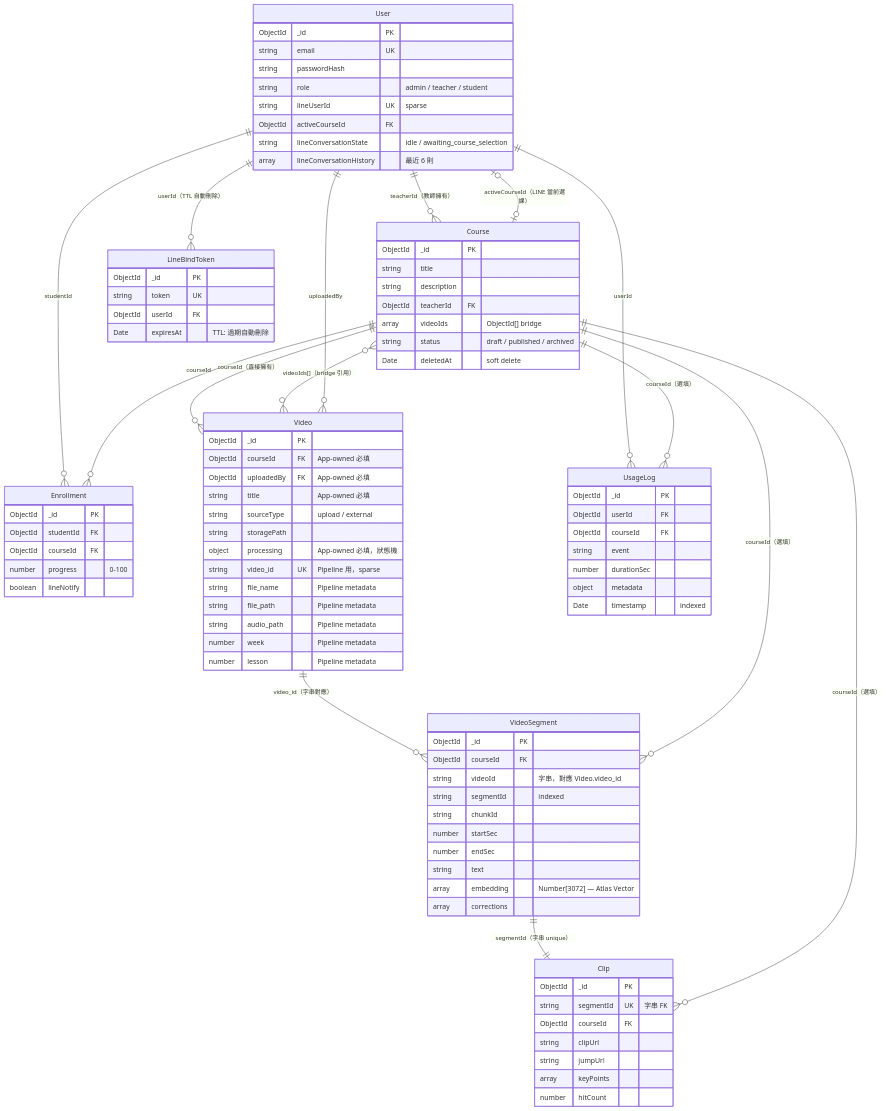
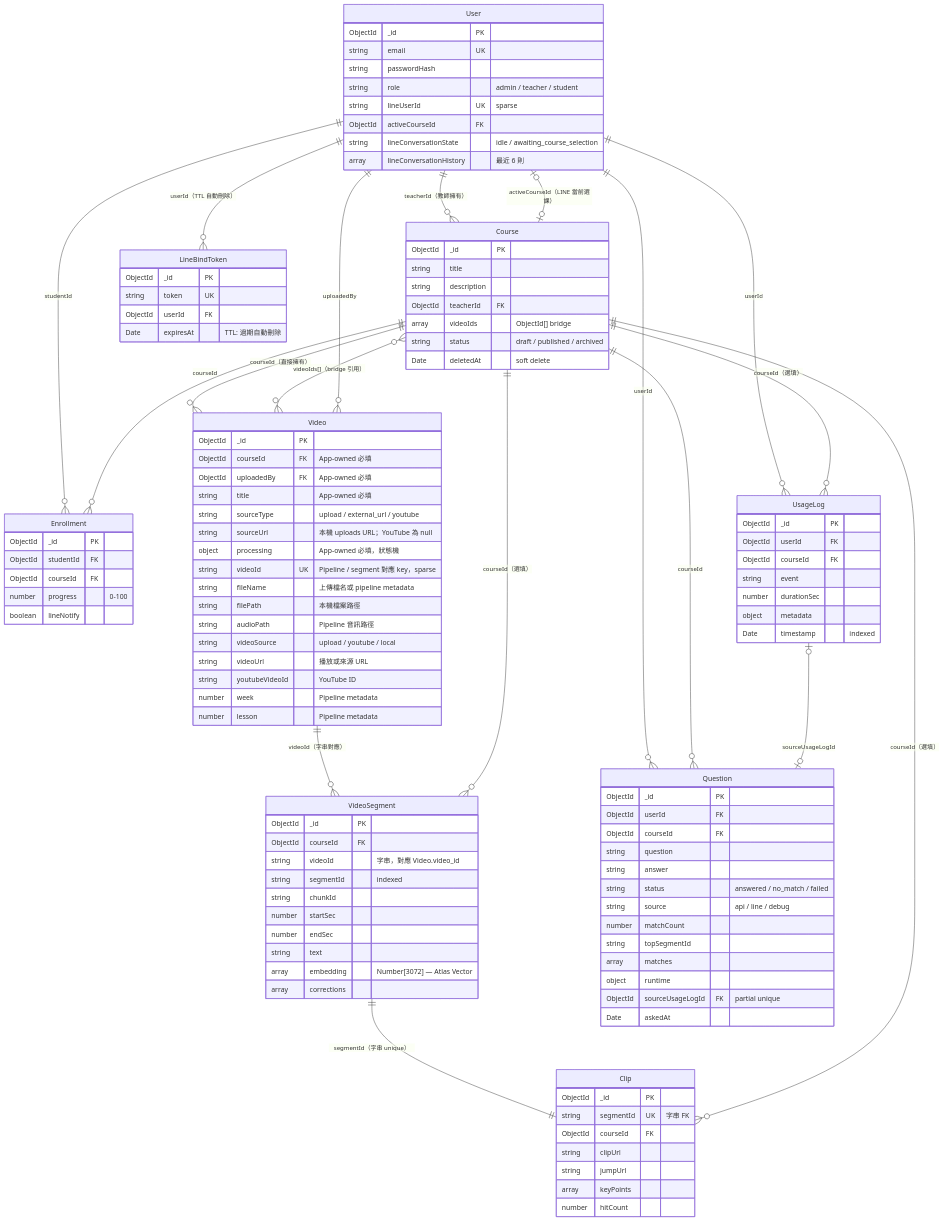
The diagram in backend/UnderstandingCode/data-model-diagram.md (11246084/focusflow), drawn with Mermaid before and after one commit. The commit also changed other lines of this file and 12 other files, not shown here.

```diff
--- a/backend/UnderstandingCode/data-model-diagram.md
+++ b/backend/UnderstandingCode/data-model-diagram.md
@@ -21,13 +21,16 @@
     Course }o--o{ Video : "videoIds[]（bridge 引用）"
     User ||--o{ Video : "uploadedBy"
 
-    Video ||--o{ VideoSegment : "video_id（字串對應）"
+    Video ||--o{ VideoSegment : "videoId（字串對應）"
     Course ||--o{ VideoSegment : "courseId（選填）"
     VideoSegment ||--|| Clip : "segmentId（字串 unique）"
     Course ||--o{ Clip : "courseId（選填）"
 
     User ||--o{ UsageLog : "userId"
     Course ||--o{ UsageLog : "courseId（選填）"
+    User ||--o{ Question : "userId"
+    Course ||--o{ Question : "courseId"
+    UsageLog |o--o| Question : "sourceUsageLogId"
     User ||--o{ LineBindToken : "userId（TTL 自動刪除）"
 
     User {
@@ -64,13 +67,16 @@
         ObjectId courseId FK "App-owned 必填"
         ObjectId uploadedBy FK "App-owned 必填"
         string title "App-owned 必填"
-        string sourceType "upload / external"
-        string storagePath
+        string sourceType "upload / external_url / youtube"
+        string sourceUrl "本機 uploads URL；YouTube 為 null"
         object processing "App-owned 必填，狀態機"
-        string video_id UK "Pipeline 用，sparse"
-        string file_name "Pipeline metadata"
-        string file_path "Pipeline metadata"
-        string audio_path "Pipeline metadata"
+        string videoId UK "Pipeline / segment 對應 key，sparse"
+        string fileName "上傳檔名或 pipeline metadata"
+        string filePath "本機檔案路徑"
+        string audioPath "Pipeline 音訊路徑"
+        string videoSource "upload / youtube / local"
+        string videoUrl "播放或來源 URL"
+        string youtubeVideoId "YouTube ID"
         number week "Pipeline metadata"
         number lesson "Pipeline metadata"
     }
@@ -86,6 +92,22 @@
         string text
         array embedding "Number[3072] — Atlas Vector"
         array corrections
+    }
+
+    Question {
+        ObjectId _id PK
+        ObjectId userId FK
+        ObjectId courseId FK
+        string question
+        string answer
+        string status "answered / no_match / failed"
+        string source "api / line / debug"
+        number matchCount
+        string topSegmentId
+        array matches
+        object runtime
+        ObjectId sourceUsageLogId FK "partial unique"
+        Date askedAt
     }
 
     Clip {
```
